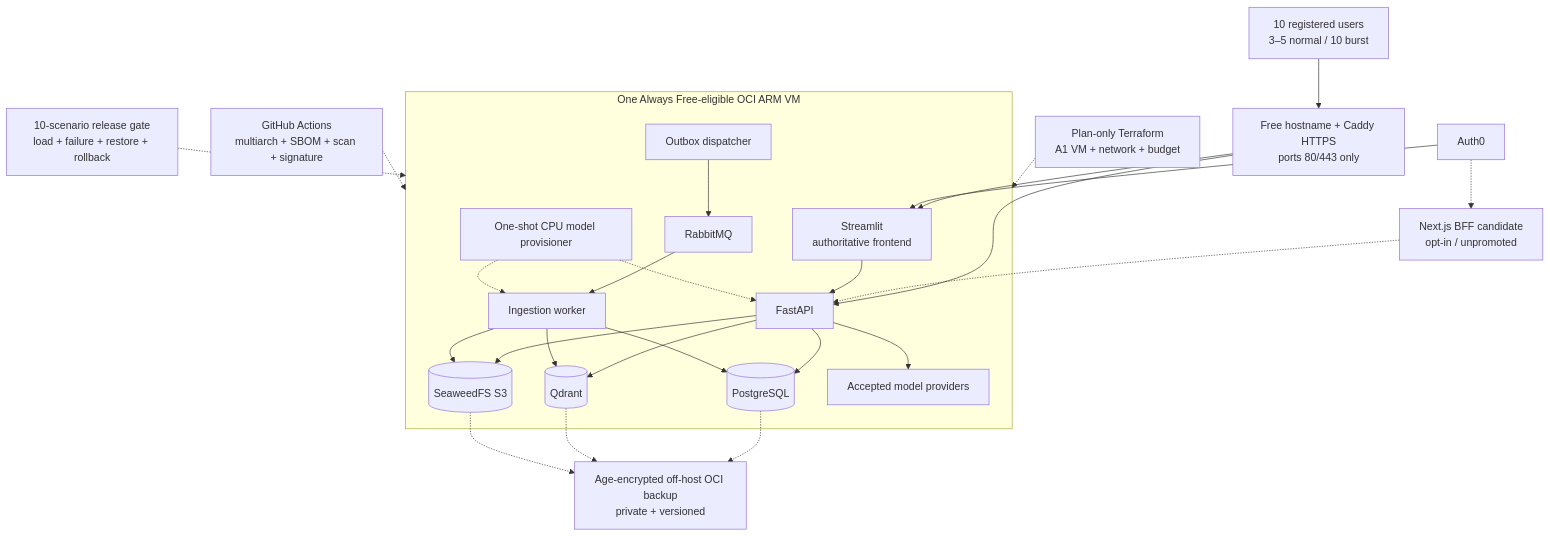
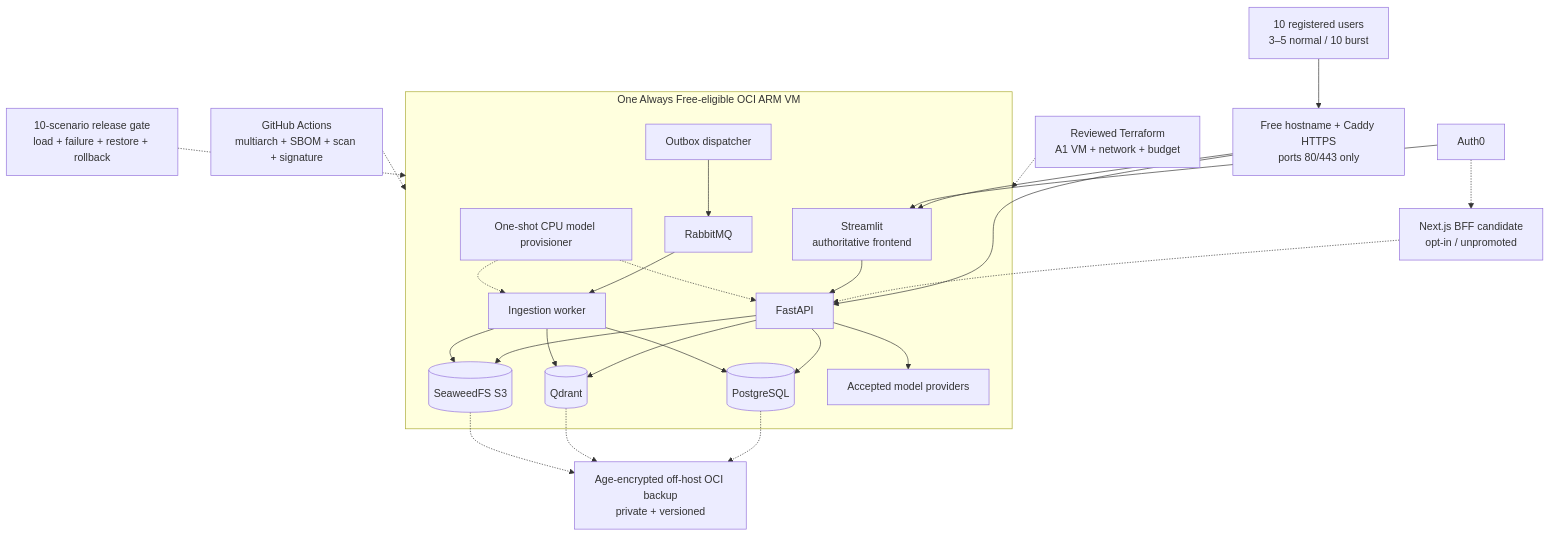
The tenth of 11 diagrams in mm-rag-full-stack-genai-bootcamp-3.0/docs/architecture/ARCHITECTURE.md (mvyas412/ai-projects), drawn with Mermaid before and after one commit. The commit also changed other lines of this file and 8 other files, not shown here.

````diff
--- a/mm-rag-full-stack-genai-bootcamp-3.0/docs/architecture/ARCHITECTURE.md
+++ b/mm-rag-full-stack-genai-bootcamp-3.0/docs/architecture/ARCHITECTURE.md
@@ -720,29 +721,29 @@
 ```mermaid
 flowchart TB
     user["10 registered users<br/>3–5 normal / 10 burst"] --> edge["Free hostname + Caddy HTTPS<br/>ports 80/443 only"]
     edge --> ui["Streamlit<br/>authoritative frontend"]
     edge --> api["FastAPI"]
     auth["Auth0"] --> ui
     candidate["Next.js BFF candidate<br/>opt-in / unpromoted"] -.-> api
     auth -.-> candidate
     subgraph vm["One Always Free-eligible OCI ARM VM"]
         ui --> api
         api --> pg[("PostgreSQL")]
         api --> qd[("Qdrant")]
         api --> objects[("SeaweedFS S3")]
         api --> models["Accepted model providers"]
         dispatcher["Outbox dispatcher"] --> queue["RabbitMQ"]
         queue --> worker["Ingestion worker"]
         worker --> pg
         worker --> qd
         worker --> objects
         provision["One-shot CPU model provisioner"] -.-> api
         provision -.-> worker
     end
-    terraform["Plan-only Terraform<br/>A1 VM + network + budget"] -.-> vm
+    terraform["Reviewed Terraform<br/>A1 VM + network + budget"] -.-> vm
     delivery["GitHub Actions<br/>multiarch + SBOM + scan + signature"] -.-> vm
     pg -.-> backup["Age-encrypted off-host OCI backup<br/>private + versioned"]
     qd -.-> backup
     objects -.-> backup
     evidence["10-scenario release gate<br/>load + failure + restore + rollback"] -.-> vm
 ```
````
